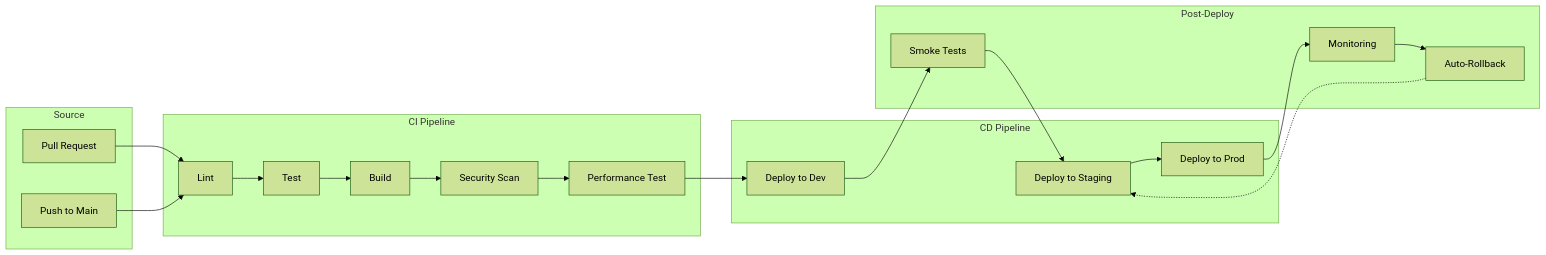
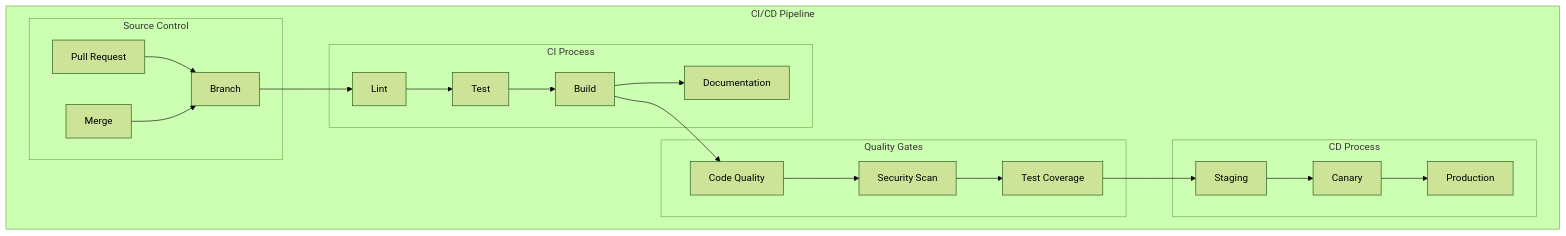
The first of 2 diagrams in docs/architecture/diagrams/infrastructure/ci-cd-pipeline.md (olehmelnyk/acme), drawn with Mermaid (forest theme) before and after one commit. The commit also changed other lines of this file and 26 other files, not shown here.

````diff
--- a/docs/architecture/diagrams/infrastructure/ci-cd-pipeline.md
+++ b/docs/architecture/diagrams/infrastructure/ci-cd-pipeline.md
@@ -5,44 +16,45 @@
 ```mermaid
-graph LR
-    subgraph "Source"
-        PR[Pull Request]
-        Push[Push to Main]
+graph TB
+    subgraph "CI/CD Pipeline"
+        subgraph "Source Control"
+            PR[Pull Request]
+            Branch[Branch]
+            Merge[Merge]
+        end
+
+        subgraph "CI Process"
+            Lint[Lint]
+            Test[Test]
+            Build[Build]
+            Docs[Documentation]
+        end
+
+        subgraph "Quality Gates"
+            CodeQuality[Code Quality]
+            Security[Security Scan]
+            Coverage[Test Coverage]
+        end
+
+        subgraph "CD Process"
+            Stage[Staging]
+            Canary[Canary]
+            Prod[Production]
+        end
     end
 
-    subgraph "CI Pipeline"
-        Lint[Lint]
-        Test[Test]
-        Build[Build]
-        Scan[Security Scan]
-        Perf[Performance Test]
-    end
+    PR --> Branch
+    Branch --> Lint
+    Lint --> Test
+    Test --> Build
+    Build --> Docs
 
-    subgraph "CD Pipeline"
-        Deploy1[Deploy to Dev]
-        Deploy2[Deploy to Staging]
-        Deploy3[Deploy to Prod]
-    end
+    Build --> CodeQuality
+    CodeQuality --> Security
+    Security --> Coverage
 
-    subgraph "Post-Deploy"
-        Smoke[Smoke Tests]
-        Monitor[Monitoring]
-        Rollback[Auto-Rollback]
-    end
-
-    PR-->Lint
-    Push-->Lint
-
-    Lint-->Test
-    Test-->Build
-    Build-->Scan
-    Scan-->Perf
-
-    Perf-->Deploy1
-    Deploy1-->Smoke
-    Smoke-->Deploy2
-    Deploy2-->Deploy3
-
-    Deploy3-->Monitor
-    Monitor-->Rollback
-    Rollback-.->Deploy2
+    Coverage --> Stage
+    Stage --> Canary
+    Canary --> Prod
+    
+    Merge --> Branch
 ```
````
